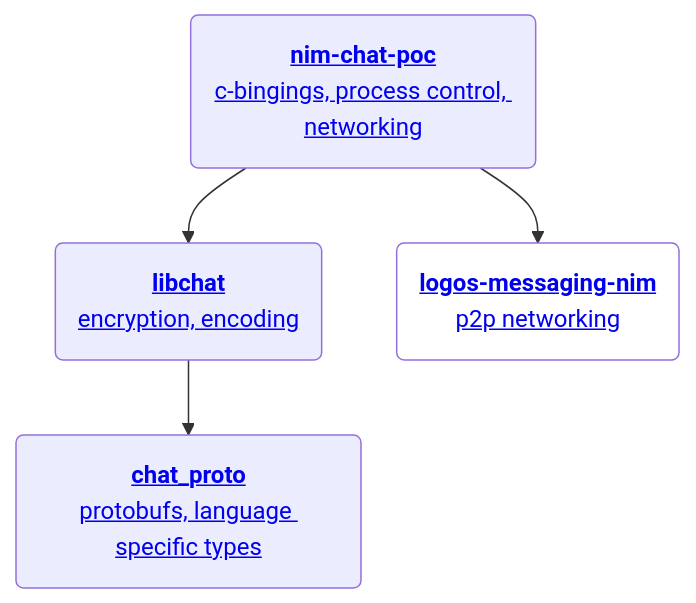
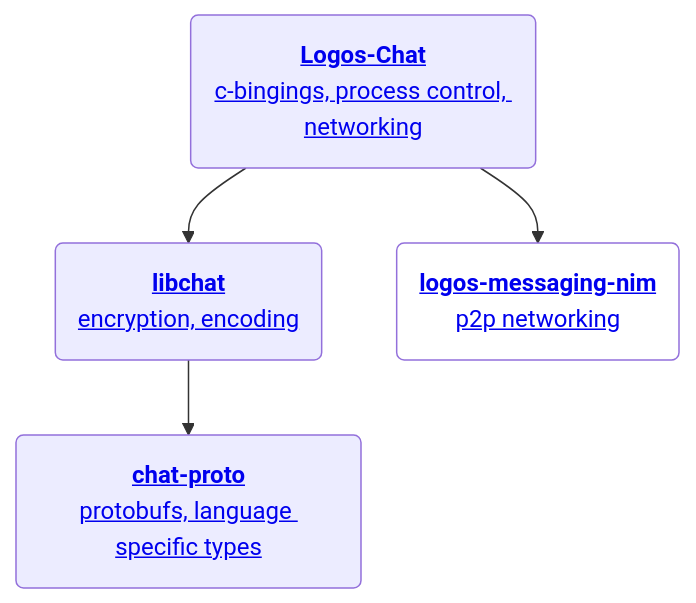
One commit to logos-messaging/logos-chat changed the diagram in DEVELOPING.md. Above: the diagram before and after it, drawn with Mermaid. The commit also changed other lines of this file and 5 other files, not shown here.

````diff
--- a/DEVELOPING.md
+++ b/DEVELOPING.md
@@ -5,17 +5,17 @@
 ```mermaid
 flowchart TD
 
-    NIM("<a href="https://github.com/logos-messaging/nim-chat-poc"><b>nim-chat-poc</b><br>c-bingings, process control, networking</a>")
+    NIM("<a href="https://github.com/logos-messaging/logos-chat"><b>Logos-Chat</b><br>c-bingings, process control, networking</a>")
     LIB("<a href="https://github.com/logos-messaging/libchat"><b>libchat</b><br>encryption, encoding</a>")
-    PROTO("<a href="https://github.com/logos-messaging/chat_proto"><b>chat_proto</b><br>protobufs, language specific types</a>")
+    PROTO("<a href="https://github.com/logos-messaging/chat-proto"><b>chat-proto</b><br>protobufs, language specific types</a>")
     LMN("<a href="https://github.com/logos-messaging/logos-messaging-nim"><b>logos-messaging-nim</b><br>p2p networking</a>")
 
 
     NIM --> LIB
     NIM --> LMN
     LIB --> PROTO
 
 %% Mark External Dependencies
 style LMN fill:#fff 
 
 ```
````
